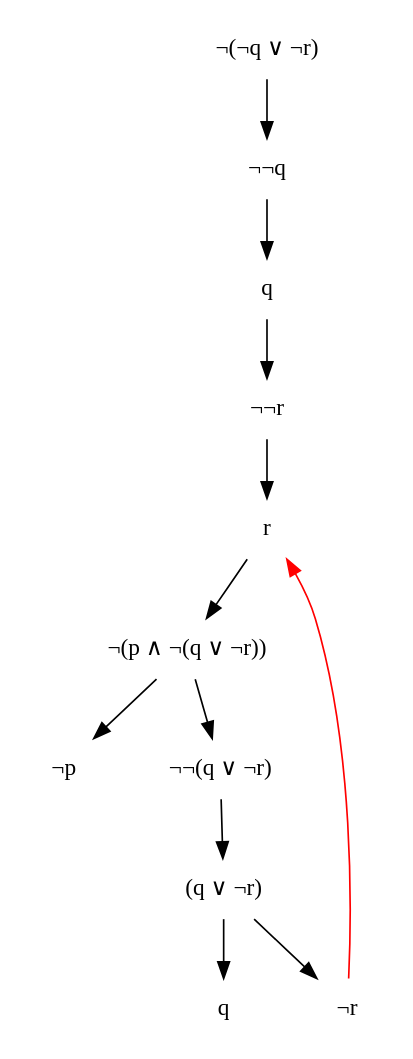
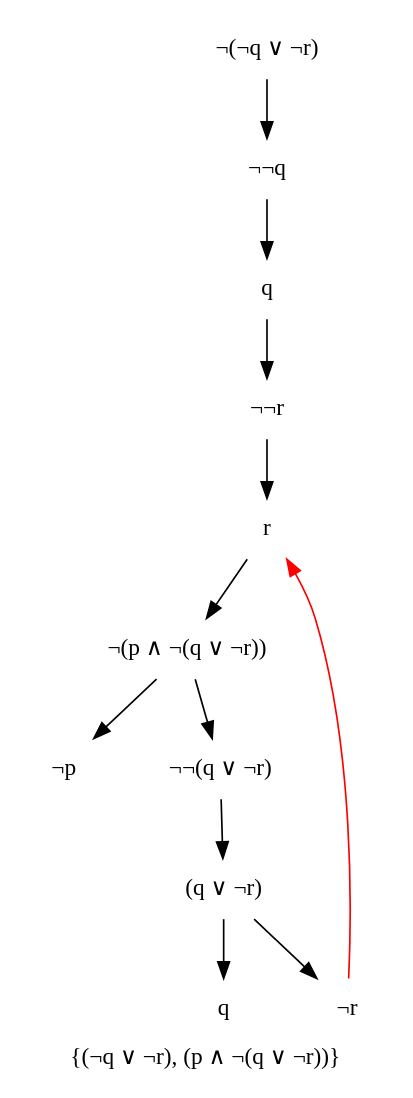
One commit to rispoli/seq-tab changed the diagram in graphviz_files/d.dot. Above: the diagram before and after it, drawn with Graphviz. The commit also changed 50 other files, not shown here.

```diff
--- a/graphviz_files/d.dot
+++ b/graphviz_files/d.dot
@@ -1,25 +1,26 @@
 digraph G {
+	label = "{(&not;q &or; &not;r), (p &and; &not;(q &or; &not;r))}";
 	node [ shape = "plaintext" ];
 	0 [ label = "&not;(&not;q &or; &not;r)" ];
 	1 [ label = "&not;&not;q" ];
 	0 -> 1;
 	2 [ label = "q" ];
 	1 -> 2;
 	3 [ label = "&not;&not;r" ];
 	2 -> 3;
 	4 [ label = "r" ];
 	3 -> 4;
 	5 [ label = "&not;(p &and; &not;(q &or; &not;r))" ];
 	4 -> 5;
 	6 [ label = "&not;p" ];
 	5 -> 6;
 	7 [ label = "&not;&not;(q &or; &not;r)" ];
 	5 -> 7;
 	8 [ label = "(q &or; &not;r)" ];
 	7 -> 8;
 	9 [ label = "q" ];
 	8 -> 9;
 	10 [ label = "&not;r" ];
 	8 -> 10;
 	10 -> 4 [ arrowtail = "normal", color = "red" ];
 }
```
